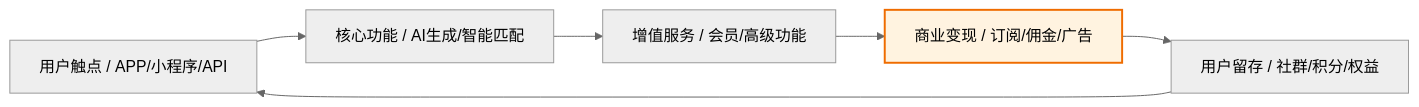
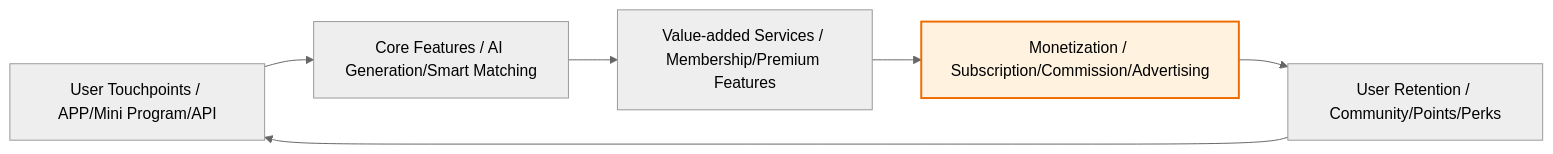
The fourth of 9 diagrams in templates/产品/战略层/【模板】商业需求文档.md (Kirky-X/cangjie), drawn with Mermaid (neutral theme) before and after one commit. The commit also changed other lines of this file and 46 other files, not shown here.

````diff
--- a/templates/产品/战略层/【模板】商业需求文档.md
+++ b/templates/产品/战略层/【模板】商业需求文档.md
@@ -196,9 +196,9 @@
 ```mermaid
 graph LR
-    A[用户触点 / APP/小程序/API] --> B[核心功能 / AI生成/智能匹配]
-    B --> C[增值服务 / 会员/高级功能]
-    C --> D[商业变现 / 订阅/佣金/广告]
-    D --> E[用户留存 / 社群/积分/权益]
+    A[User Touchpoints / APP/Mini Program/API] --> B[Core Features / AI Generation/Smart Matching]
+    B --> C[Value-added Services / Membership/Premium Features]
+    C --> D[Monetization / Subscription/Commission/Advertising]
+    D --> E[User Retention / Community/Points/Perks]
     E --> A
     style D fill:#fff3e0,stroke:#ef6c00,stroke-width:2px
 ```
````
